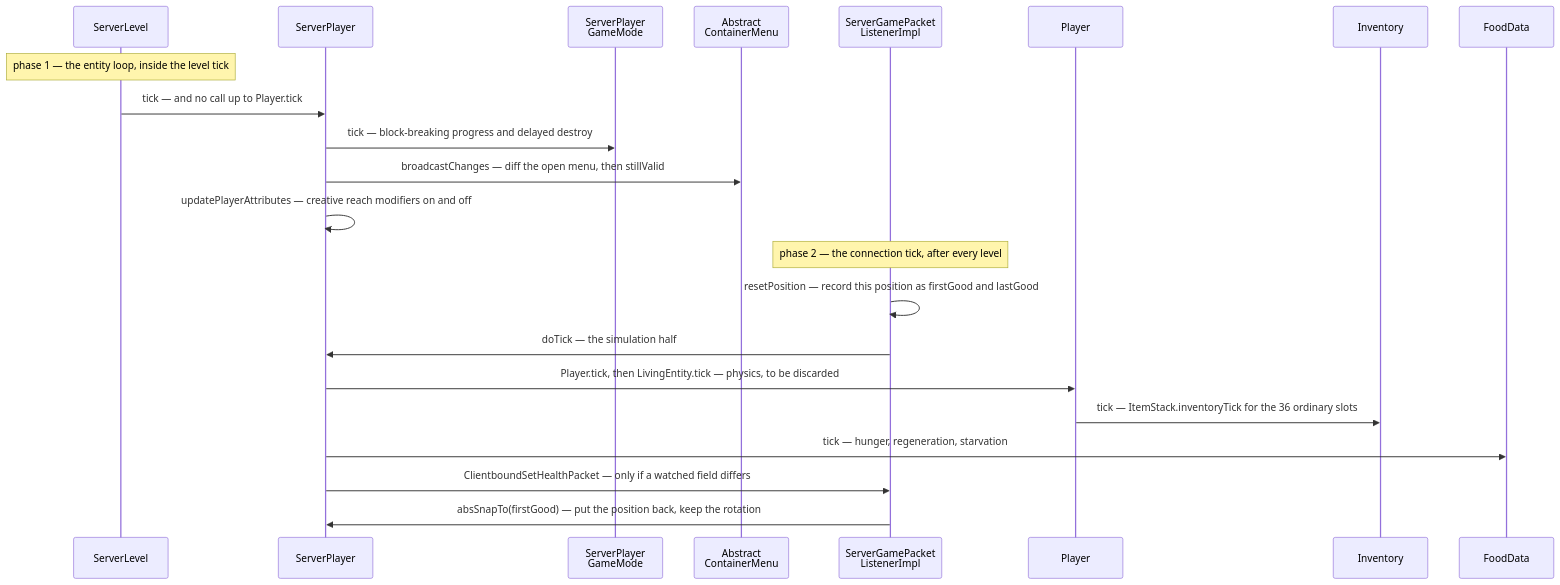
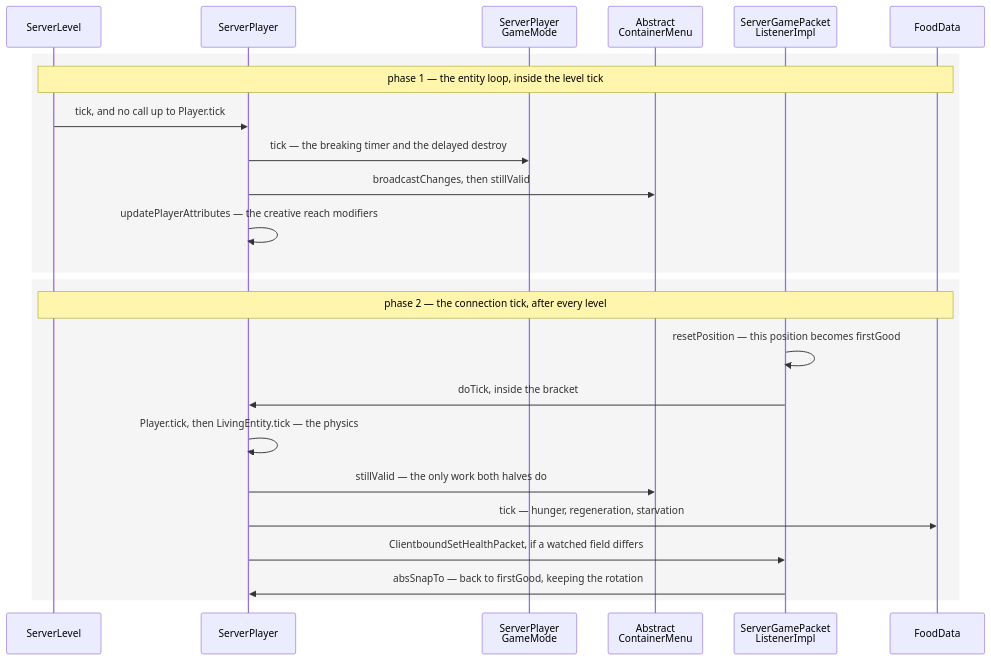
The diagram in src/systems/player/the-two-phase-tick.md (AlexanderjFraser/MinecraftDocs), drawn with Mermaid before and after one commit. The commit also changed other lines of this file and 12 other files, not shown here.

````diff
--- a/src/systems/player/the-two-phase-tick.md
+++ b/src/systems/player/the-two-phase-tick.md
@@ -95,26 +98,27 @@
 ```mermaid
 sequenceDiagram
     participant SL as ServerLevel
     participant SP as ServerPlayer
     participant SPGM as ServerPlayer<br/>GameMode
     participant ACM as Abstract<br/>ContainerMenu
     participant SGPL as ServerGamePacket<br/>ListenerImpl
-    participant Player as Player
-    participant Inv as Inventory
     participant FD as FoodData
 
-    Note over SL: phase 1 — the entity loop, inside the level tick
-    SL->>SP: tick — and no call up to Player.tick
-    SP->>SPGM: tick — block-breaking progress and delayed destroy
-    SP->>ACM: broadcastChanges — diff the open menu, then stillValid
-    SP->>SP: updatePlayerAttributes — creative reach modifiers on and off
-
-    Note over SGPL: phase 2 — the connection tick, after every level
-    SGPL->>SGPL: resetPosition — record this position as firstGood and lastGood
-    SGPL->>SP: doTick — the simulation half
-    SP->>Player: Player.tick, then LivingEntity.tick — physics, to be discarded
-    Player->>Inv: tick — ItemStack.inventoryTick for the 36 ordinary slots
-    SP->>FD: tick — hunger, regeneration, starvation
-    SP->>SGPL: ClientboundSetHealthPacket — only if a watched field differs
-    SGPL->>SP: absSnapTo(firstGood) — put the position back, keep the rotation
+    rect rgba(0, 0, 0, 0.04)
+        Note over SL,FD: phase 1 — the entity loop, inside the level tick
+        SL->>SP: tick, and no call up to Player.tick
+        SP->>SPGM: tick — the breaking timer and the delayed destroy
+        SP->>ACM: broadcastChanges, then stillValid
+        SP->>SP: updatePlayerAttributes — the creative reach modifiers
+    end
+    rect rgba(0, 0, 0, 0.04)
+        Note over SL,FD: phase 2 — the connection tick, after every level
+        SGPL->>SGPL: resetPosition — this position becomes firstGood
+        SGPL->>SP: doTick, inside the bracket
+        SP->>SP: Player.tick, then LivingEntity.tick — the physics
+        SP->>ACM: stillValid — the only work both halves do
+        SP->>FD: tick — hunger, regeneration, starvation
+        SP->>SGPL: ClientboundSetHealthPacket, if a watched field differs
+        SGPL->>SP: absSnapTo — back to firstGood, keeping the rotation
+    end
 ```
````
